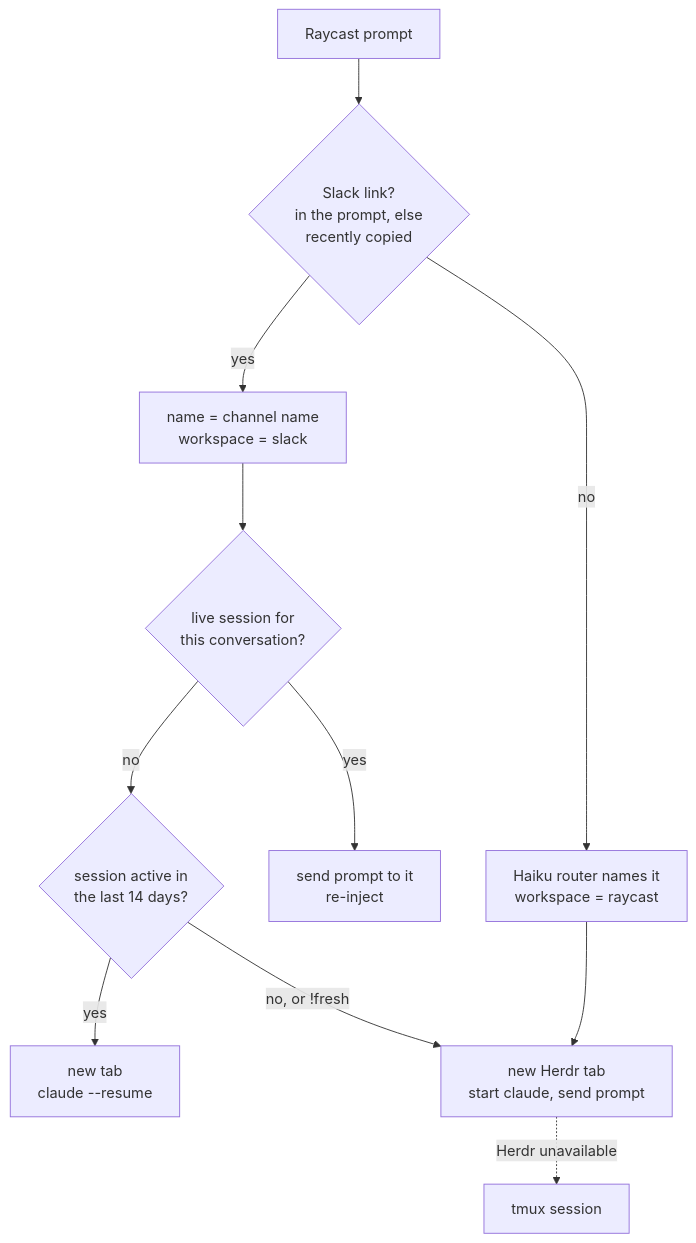
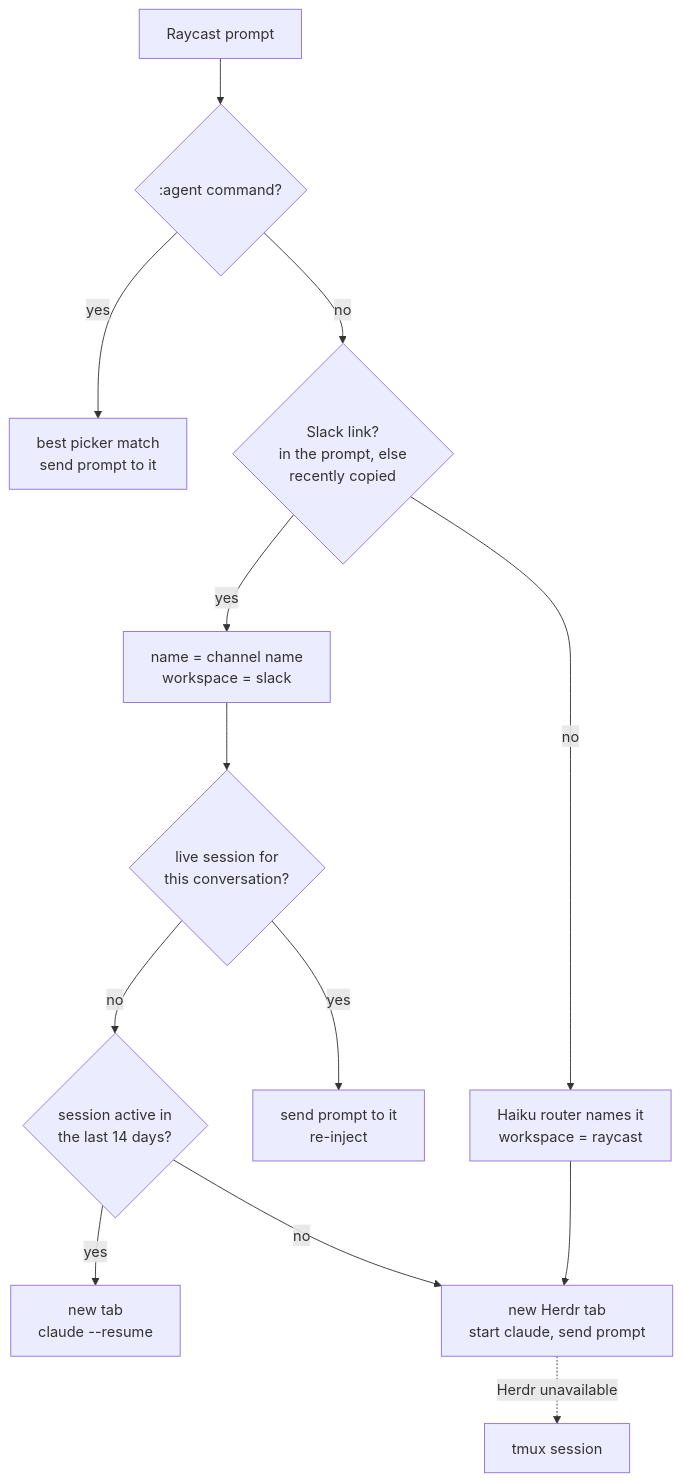
Before and after one commit to joshmu/dotfiles: the diagram in scripts/raygent/README.md, drawn with Mermaid. The commit also changed other lines of this file and 10 other files, not shown here.

Commit message:
feat(raygent): :agent targeting, :new, and skip slack links already pasted into agents

````diff
--- a/scripts/raygent/README.md
+++ b/scripts/raygent/README.md
@@ -7,13 +7,15 @@
 ```mermaid
 flowchart TD
-    P[Raycast prompt] --> S{Slack link?<br/>in the prompt, else<br/>recently copied}
+    P[Raycast prompt] --> C{:agent command?}
+    C -->|yes| A[best picker match<br/>send prompt to it]
+    C -->|no| S{Slack link?<br/>in the prompt, else<br/>recently copied}
     S -->|yes| L[name = channel name<br/>workspace = slack]
     S -->|no| H[Haiku router names it<br/>workspace = raycast]
     L --> M{live session for<br/>this conversation?}
     M -->|yes| R[send prompt to it<br/>re-inject]
     M -->|no| RS{session active in<br/>the last 14 days?}
     RS -->|yes| RE[new tab<br/>claude --resume]
-    RS -->|no, or !fresh| N[new Herdr tab<br/>start claude, send prompt]
+    RS -->|no| N[new Herdr tab<br/>start claude, send prompt]
     H --> N
     N -.->|Herdr unavailable| T[tmux session]
 ```
````
